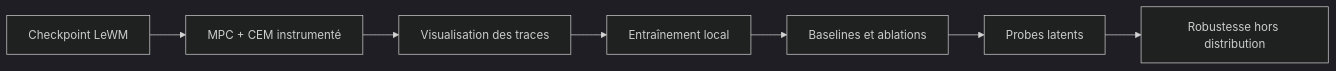
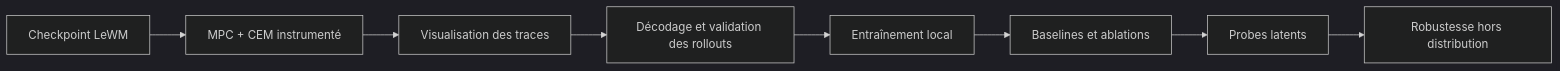
The diagram in README.md (AlexandreEDMOND/lewm-pusht-planning-lab), drawn with Mermaid (dark theme) before and after one commit. The commit also changed other lines of this file and 42 other files, not shown here.

````diff
--- a/README.md
+++ b/README.md
@@ -61,9 +61,10 @@
 ```mermaid
 flowchart LR
     A[Checkpoint LeWM] --> B[MPC + CEM instrumenté]
     B --> C[Visualisation des traces]
-    C --> D[Entraînement local]
-    D --> E[Baselines et ablations]
-    E --> F[Probes latents]
-    F --> G[Robustesse hors distribution]
+    C --> D[Décodage et validation des rollouts]
+    D --> E[Entraînement local]
+    E --> F[Baselines et ablations]
+    F --> G[Probes latents]
+    G --> H[Robustesse hors distribution]
 ```
````
